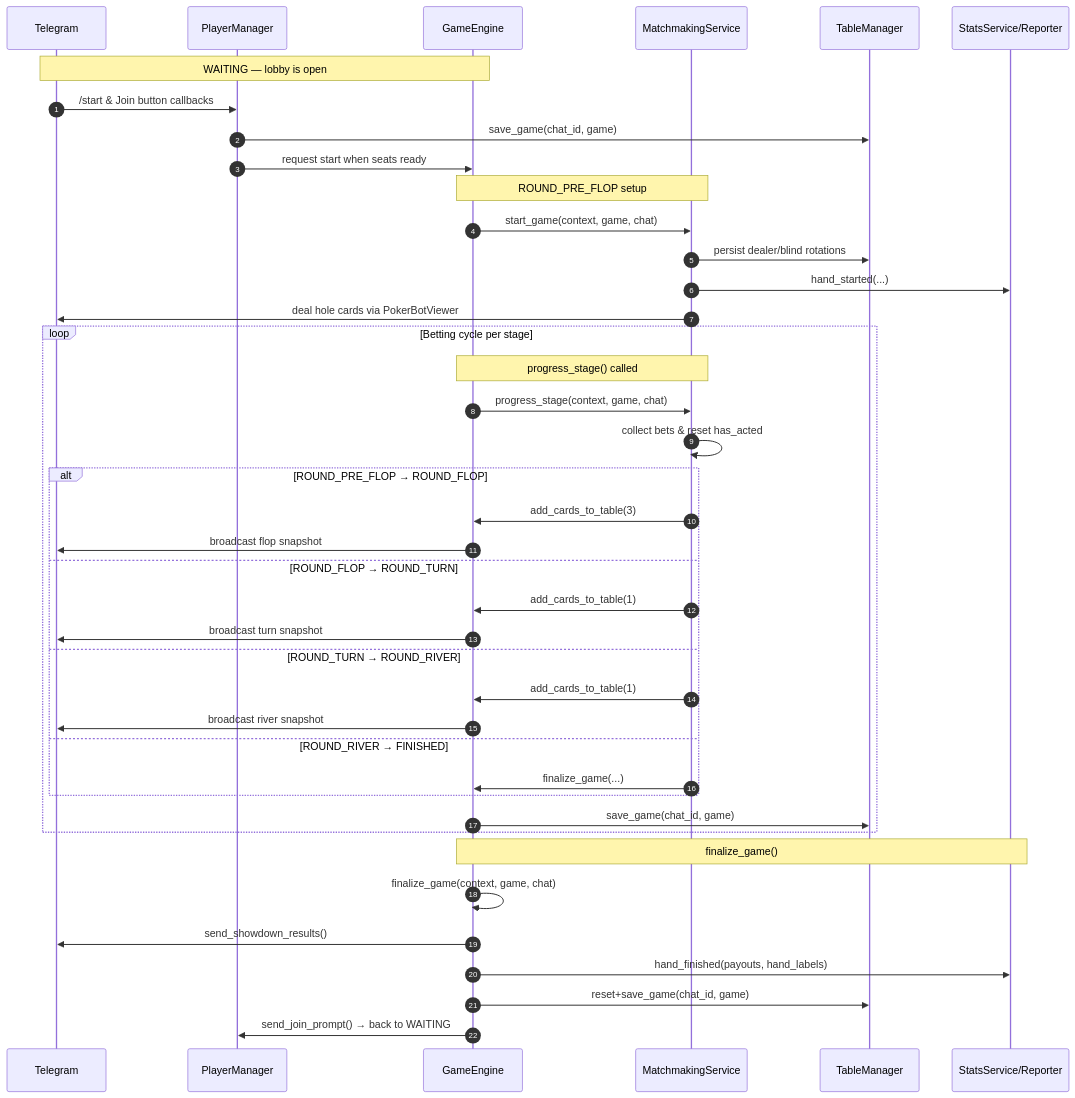
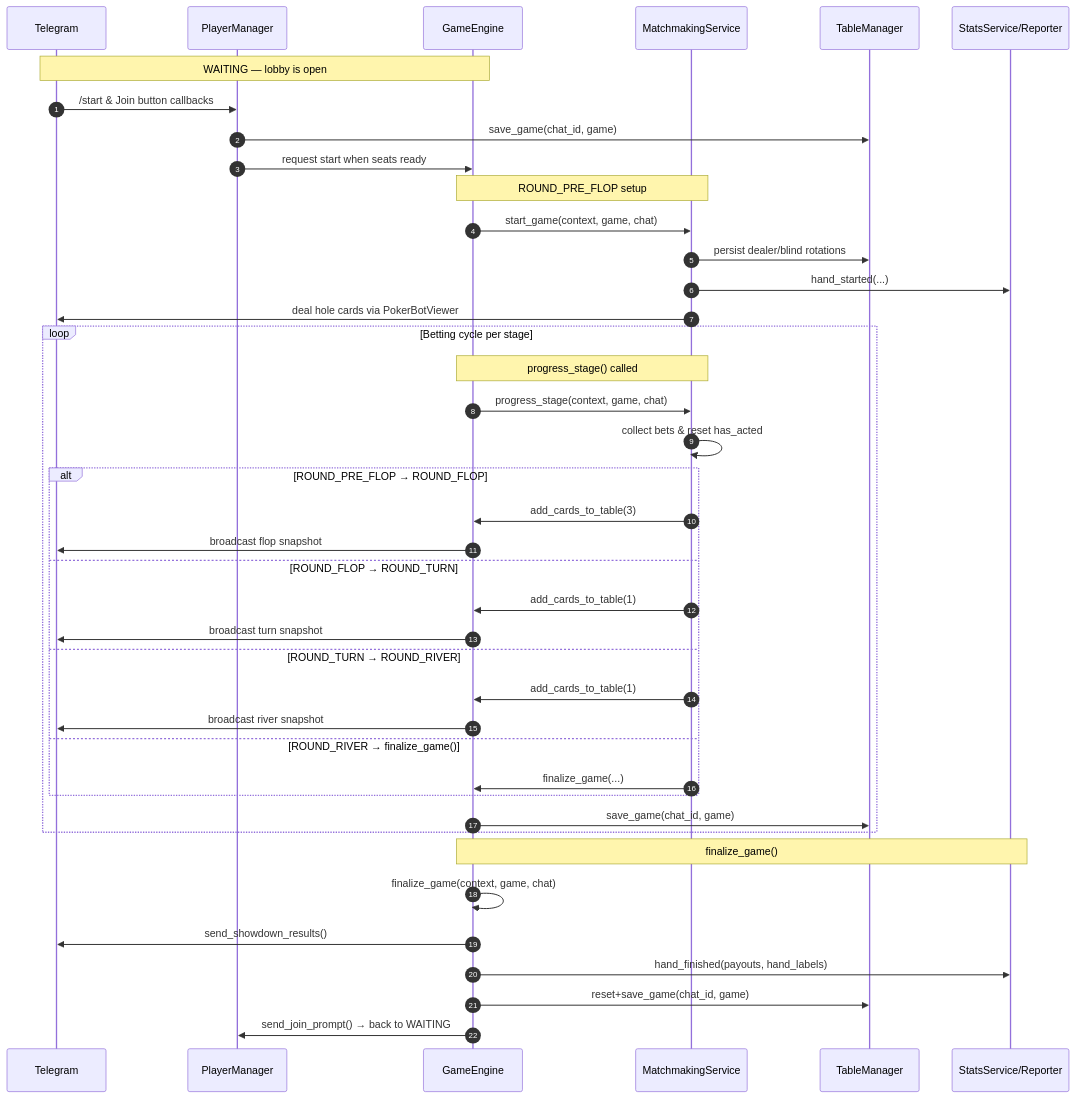
Before and after one commit to shahinmnm/Poker-Telegram-Bot: the first of 2 diagrams in docs/game_flow.md, drawn with Mermaid. The commit also changed other lines of this file and 2 other files, not shown here.

Commit message:
Document game flow states and dependency wiring

````diff
--- a/docs/game_flow.md
+++ b/docs/game_flow.md
@@ -18,47 +20,47 @@
 ```mermaid
 sequenceDiagram
     autonumber
     participant TG as Telegram
     participant PM as PlayerManager
     participant GE as GameEngine
     participant MS as MatchmakingService
     participant TM as TableManager
     participant SS as StatsService/Reporter
 
     Note over TG,GE: WAITING — lobby is open
     TG->>PM: /start & Join button callbacks
     PM->>TM: save_game(chat_id, game)
     PM->>GE: request start when seats ready
 
     Note over GE,MS: ROUND_PRE_FLOP setup
     GE->>MS: start_game(context, game, chat)
     MS->>TM: persist dealer/blind rotations
     MS->>SS: hand_started(...)
     MS->>TG: deal hole cards via PokerBotViewer
 
     loop Betting cycle per stage
         Note over GE,MS: progress_stage() called
         GE->>MS: progress_stage(context, game, chat)
         MS->>MS: collect bets & reset has_acted
         alt ROUND_PRE_FLOP → ROUND_FLOP
             MS->>GE: add_cards_to_table(3)
             GE->>TG: broadcast flop snapshot
         else ROUND_FLOP → ROUND_TURN
             MS->>GE: add_cards_to_table(1)
             GE->>TG: broadcast turn snapshot
         else ROUND_TURN → ROUND_RIVER
             MS->>GE: add_cards_to_table(1)
             GE->>TG: broadcast river snapshot
-        else ROUND_RIVER → FINISHED
+        else ROUND_RIVER → finalize_game()
             MS->>GE: finalize_game(...)
         end
         GE->>TM: save_game(chat_id, game)
     end
 
     Note over GE,SS: finalize_game()
     GE->>GE: finalize_game(context, game, chat)
     GE->>TG: send_showdown_results()
     GE->>SS: hand_finished(payouts, hand_labels)
     GE->>TM: reset+save_game(chat_id, game)
     GE->>PM: send_join_prompt() → back to WAITING
 ```
````
